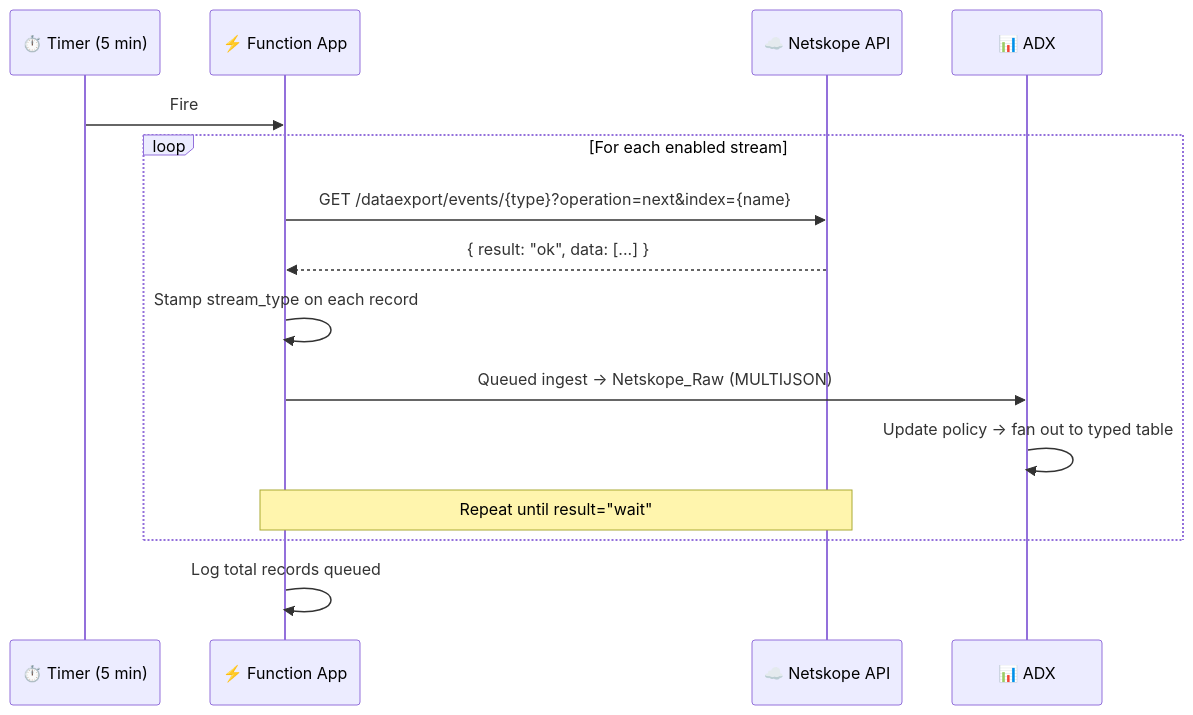
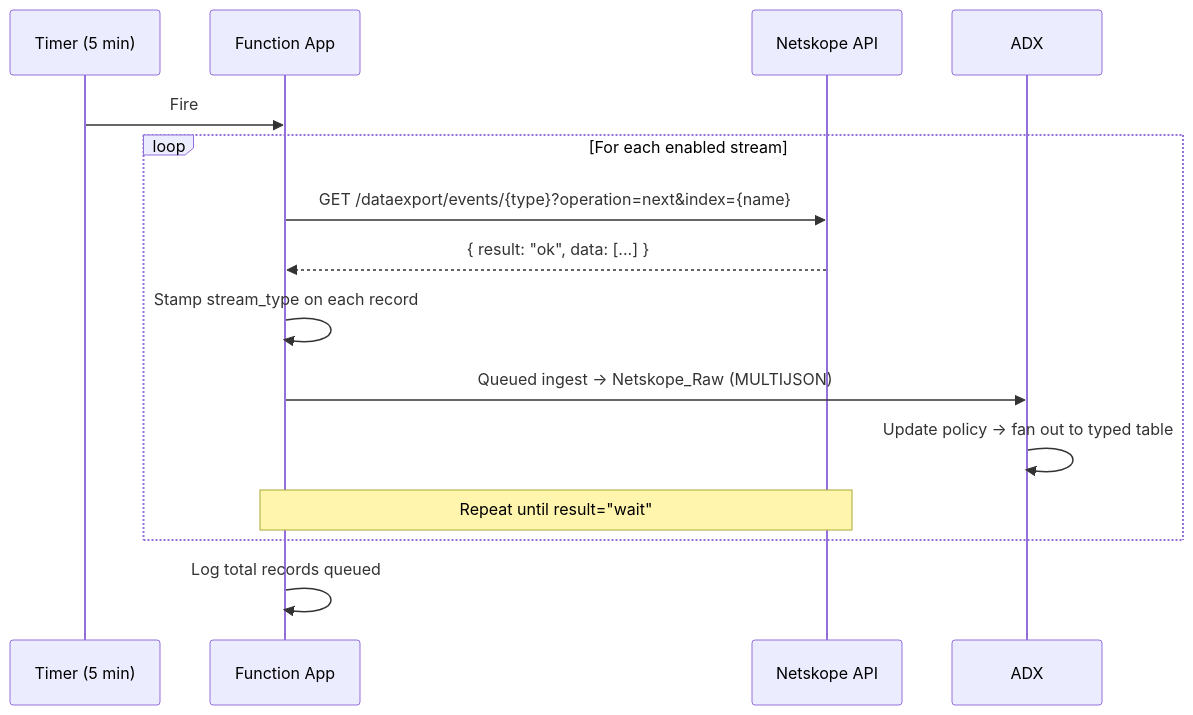
Before and after one commit to 11bztaylor/N2Av2: the second of 2 diagrams in README.md, drawn with Mermaid. The commit also changed other lines of this file and 11 other files, not shown here.

````diff
--- a/README.md
+++ b/README.md
@@ -178,18 +176,18 @@
 ```mermaid
 sequenceDiagram
-    participant Timer as ⏱️ Timer (5 min)
-    participant Func as ⚡ Function App
-    participant NS as ☁️ Netskope API
-    participant ADX as 📊 ADX
+    participant Timer as Timer (5 min)
+    participant Func as Function App
+    participant NS as Netskope API
+    participant ADX as ADX
 
     Timer->>Func: Fire
     loop For each enabled stream
         Func->>NS: GET /dataexport/events/{type}?operation=next&index={name}
         NS-->>Func: { result: "ok", data: [...] }
         Func->>Func: Stamp stream_type on each record
-        Func->>ADX: Queued ingest → Netskope_Raw (MULTIJSON)
-        ADX->>ADX: Update policy → fan out to typed table
+        Func->>ADX: Queued ingest -> Netskope_Raw (MULTIJSON)
+        ADX->>ADX: Update policy -> fan out to typed table
         Note over Func,NS: Repeat until result="wait"
     end
     Func->>Func: Log total records queued
 ```
````
